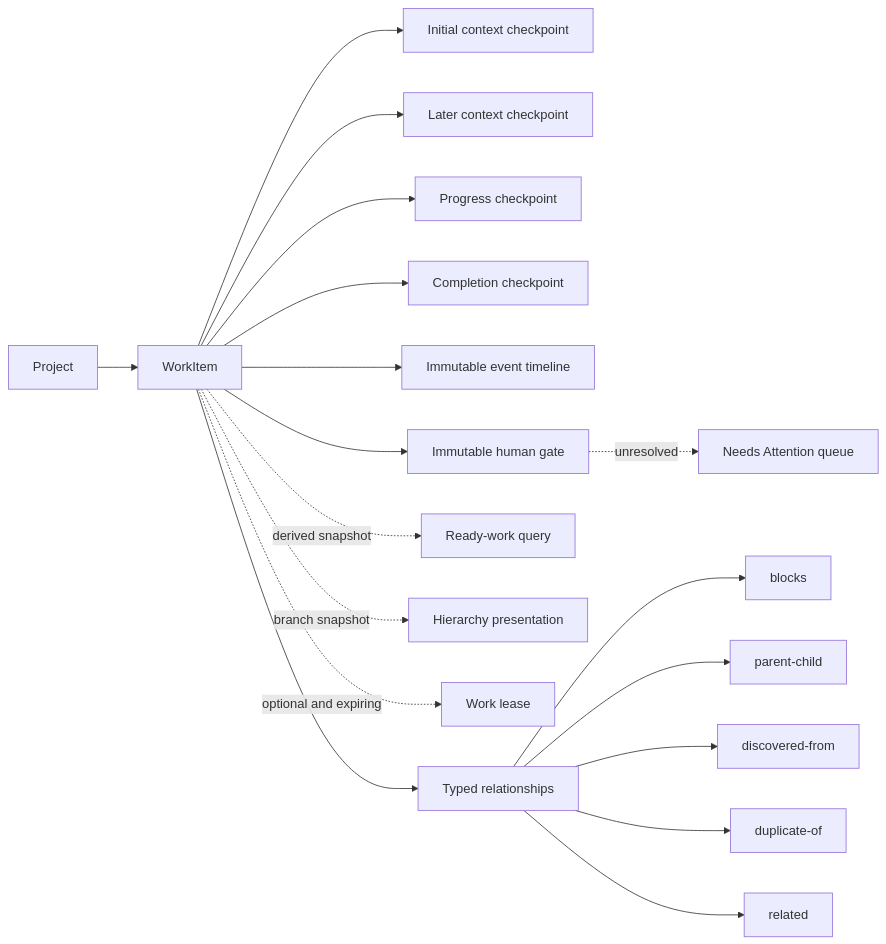
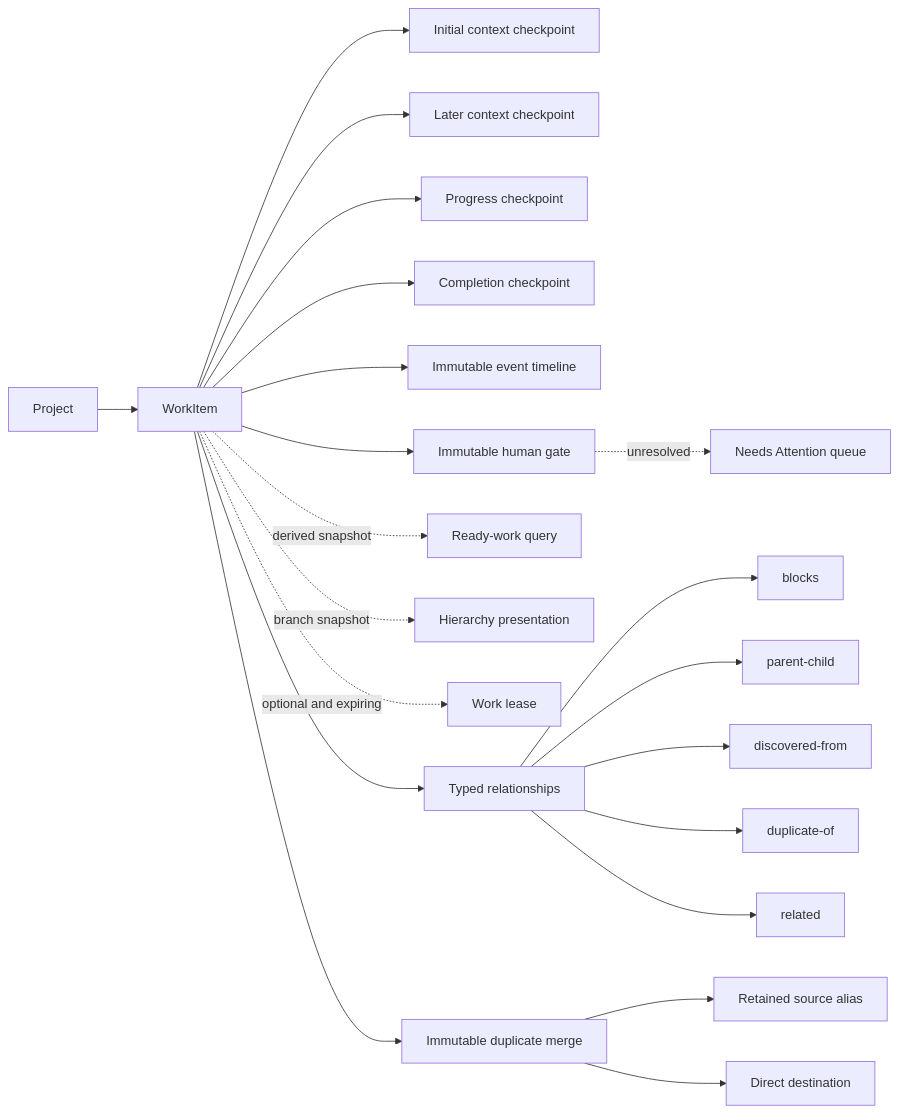
The first of 2 diagrams in docs/architecture.md (RightBrain-Networks/mnemonic), drawn with Mermaid before and after one commit. The commit also changed other lines of this file and 119 other files, not shown here.

````diff
--- a/docs/architecture.md
+++ b/docs/architecture.md
@@ -14,20 +16,23 @@
 ```mermaid
 flowchart LR
     Project --> WorkItem
     WorkItem --> Initial[Initial context checkpoint]
     WorkItem --> Context[Later context checkpoint]
     WorkItem --> Progress[Progress checkpoint]
     WorkItem --> Completion[Completion checkpoint]
     WorkItem --> Event[Immutable event timeline]
     WorkItem --> Gate[Immutable human gate]
     Gate -. unresolved .-> Attention[Needs Attention queue]
     WorkItem -. derived snapshot .-> Ready[Ready-work query]
     WorkItem -. branch snapshot .-> Presentation[Hierarchy presentation]
     WorkItem -. optional and expiring .-> Lease[Work lease]
     WorkItem --> Graph[Typed relationships]
     Graph --> Blocks[blocks]
     Graph --> Parent[parent-child]
     Graph --> Discovery[discovered-from]
     Graph --> Duplicate[duplicate-of]
     Graph --> Related[related]
+    WorkItem --> Merge[Immutable duplicate merge]
+    Merge --> Alias[Retained source alias]
+    Merge --> Canonical[Direct destination]
 ```
````
